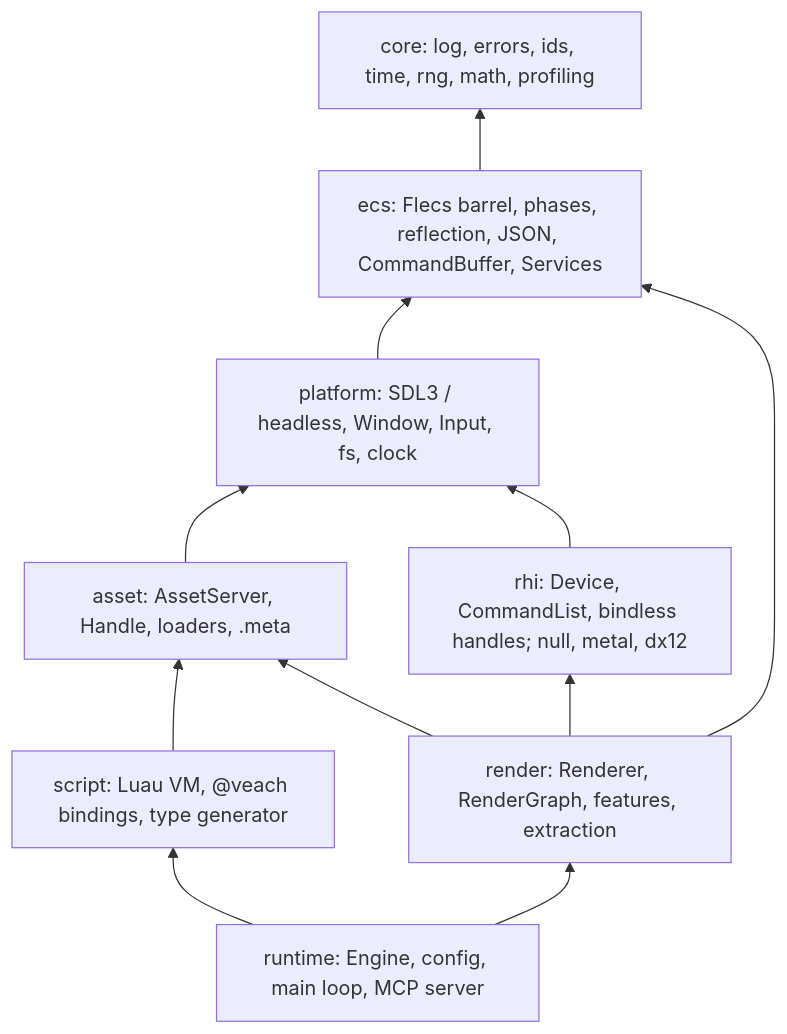
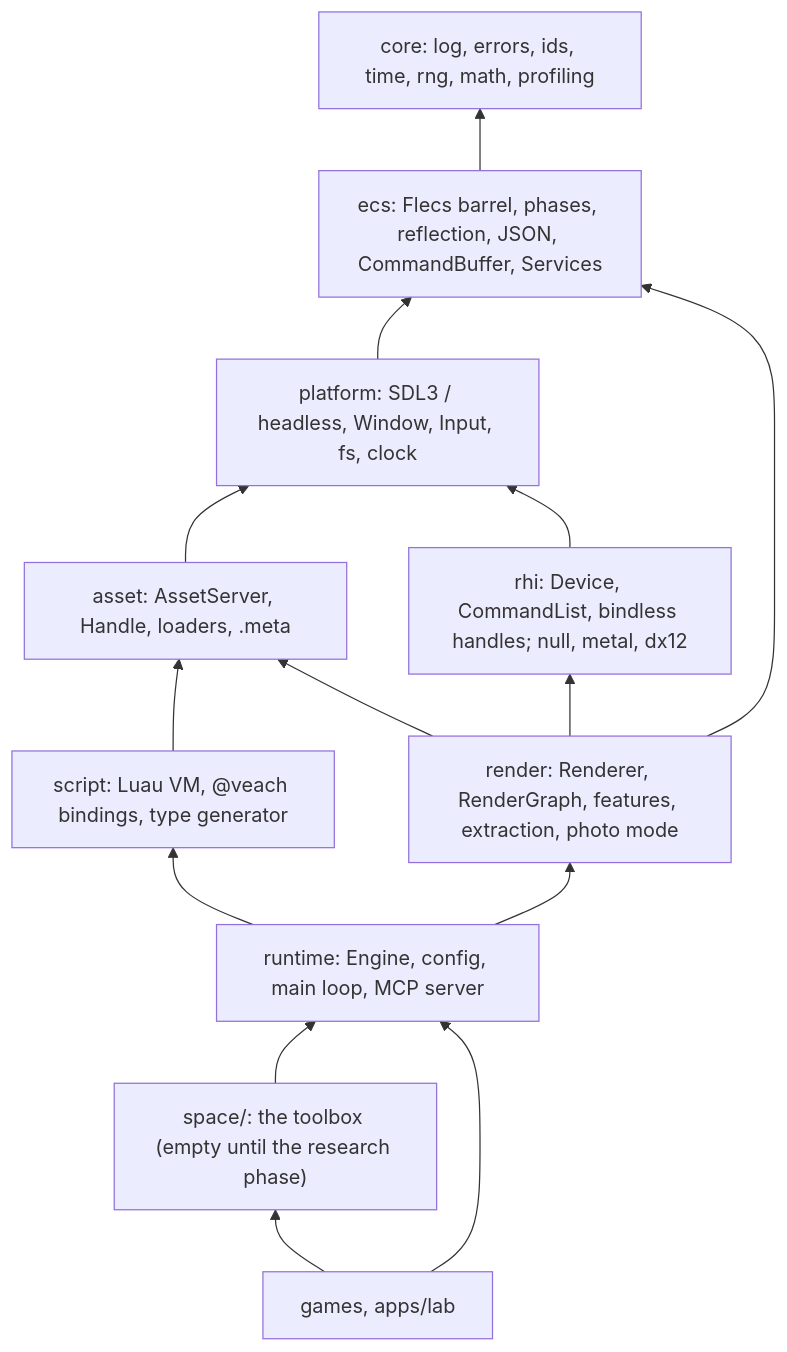
One commit to pdcamargo/veach changed the first of 2 diagrams in docs/ARCHITECTURE.md. Above: the diagram before and after it, drawn with Mermaid. The commit also changed other lines of this file and 138 other files, not shown here.

First line of the commit message:
feat!: reset Veach to the foundation of a space-game toolbox

````diff
--- a/docs/ARCHITECTURE.md
+++ b/docs/ARCHITECTURE.md
@@ -47,21 +55,26 @@
 ```mermaid
 flowchart BT
     core["core: log, errors, ids, time, rng, math, profiling"]
     ecs["ecs: Flecs barrel, phases, reflection, JSON, CommandBuffer, Services"]
     platform["platform: SDL3 / headless, Window, Input, fs, clock"]
     asset["asset: AssetServer, Handle, loaders, .meta"]
     script["script: Luau VM, @veach bindings, type generator"]
     rhi["rhi: Device, CommandList, bindless handles; null, metal, dx12"]
-    render["render: Renderer, RenderGraph, features, extraction"]
+    render["render: Renderer, RenderGraph, features, extraction, photo mode"]
     runtime["runtime: Engine, config, main loop, MCP server"]
+    space["space/: the toolbox (empty until the research phase)"]
+    games["games, apps/lab"]
     ecs --> core
     platform --> ecs
     asset --> platform
     script --> asset
     rhi --> platform
     render --> rhi
     render --> ecs
     render --> asset
     runtime --> script
     runtime --> render
+    space --> runtime
+    games --> space
+    games --> runtime
 ```
````
